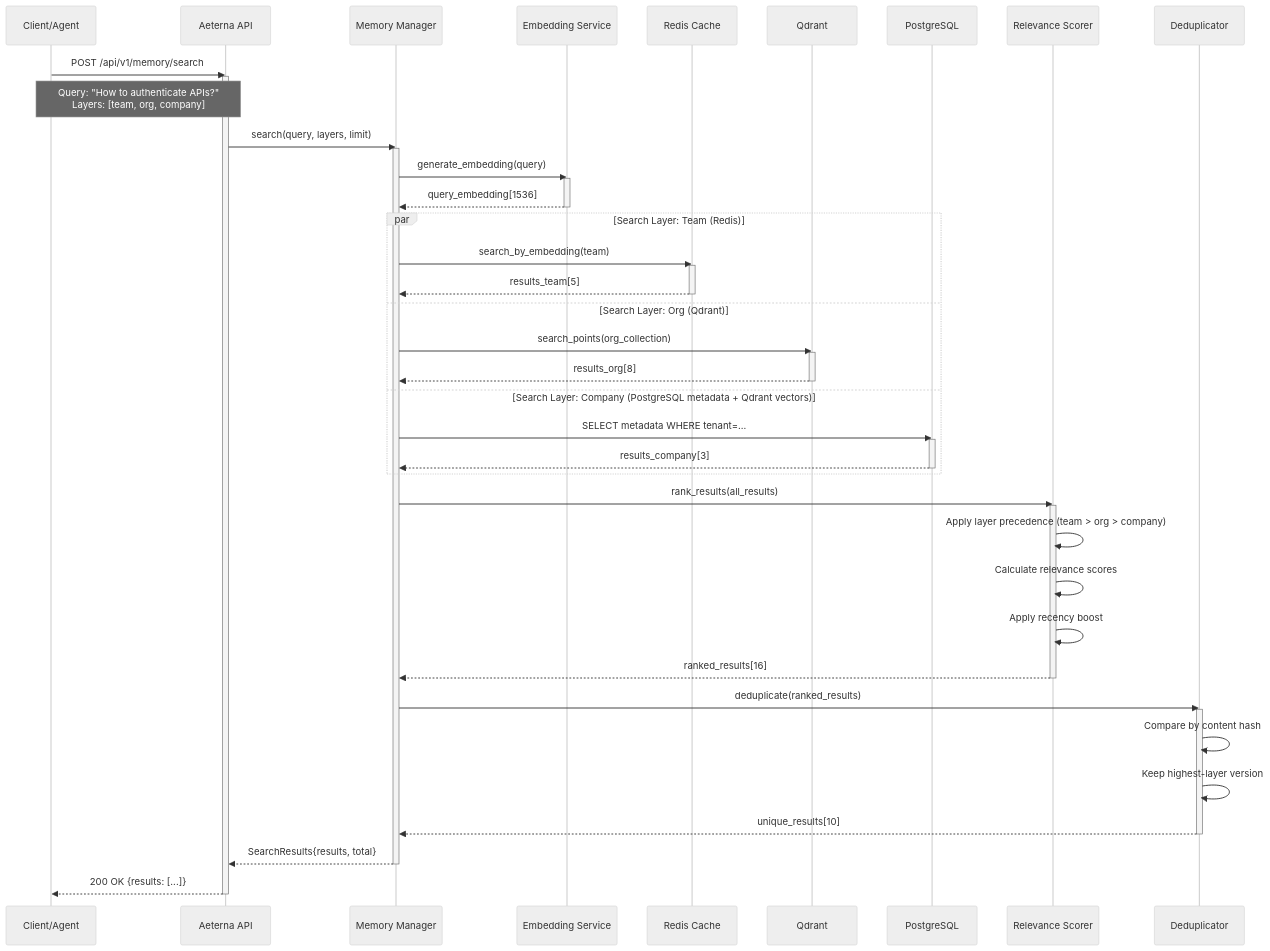
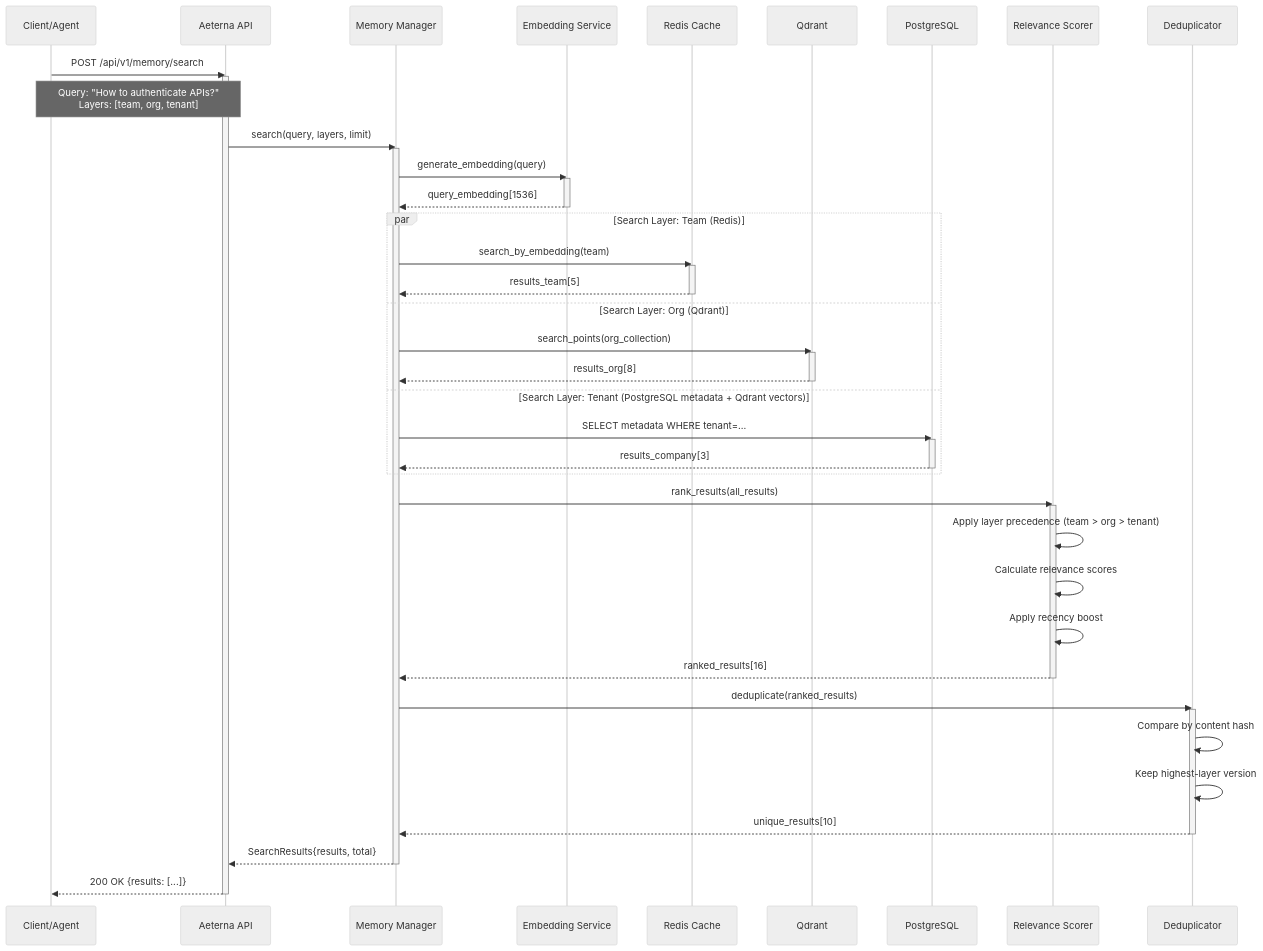
The second of 14 diagrams in docs/sequence-diagrams.md (kikokikok/aeterna), drawn with Mermaid (neutral theme) before and after one commit. The commit also changed other lines of this file and 273 other files, not shown here.

Commit message:
refactor: finalize tenant-root schema and remove company compatibility

````diff
--- a/docs/sequence-diagrams.md
+++ b/docs/sequence-diagrams.md
@@ -83,62 +83,62 @@
 ```mermaid
 sequenceDiagram
     participant Client as Client/Agent
     participant API as Aeterna API
     participant MemManager as Memory Manager
     participant Embedder as Embedding Service
     participant Redis as Redis Cache
     participant Qdrant as Qdrant
     participant Postgres as PostgreSQL
     participant Scorer as Relevance Scorer
     participant Dedup as Deduplicator
 
     Client->>API: POST /api/v1/memory/search
     activate API
-    Note over Client,API: Query: "How to authenticate APIs?"<br/>Layers: [team, org, company]
+    Note over Client,API: Query: "How to authenticate APIs?"<br/>Layers: [team, org, tenant]
     
     API->>MemManager: search(query, layers, limit)
     activate MemManager
     
     MemManager->>Embedder: generate_embedding(query)
     activate Embedder
     Embedder-->>MemManager: query_embedding[1536]
     deactivate Embedder
     
     par Search Layer: Team (Redis)
         MemManager->>Redis: search_by_embedding(team)
         activate Redis
         Redis-->>MemManager: results_team[5]
         deactivate Redis
     and Search Layer: Org (Qdrant)
         MemManager->>Qdrant: search_points(org_collection)
         activate Qdrant
         Qdrant-->>MemManager: results_org[8]
         deactivate Qdrant
-    and Search Layer: Company (PostgreSQL metadata + Qdrant vectors)
+    and Search Layer: Tenant (PostgreSQL metadata + Qdrant vectors)
         MemManager->>Postgres: SELECT metadata WHERE tenant=...
         activate Postgres
         Postgres-->>MemManager: results_company[3]
         deactivate Postgres
     end
     
     MemManager->>Scorer: rank_results(all_results)
     activate Scorer
-    Scorer->>Scorer: Apply layer precedence (team > org > company)
+    Scorer->>Scorer: Apply layer precedence (team > org > tenant)
     Scorer->>Scorer: Calculate relevance scores
     Scorer->>Scorer: Apply recency boost
     Scorer-->>MemManager: ranked_results[16]
     deactivate Scorer
     
     MemManager->>Dedup: deduplicate(ranked_results)
     activate Dedup
     Dedup->>Dedup: Compare by content hash
     Dedup->>Dedup: Keep highest-layer version
     Dedup-->>MemManager: unique_results[10]
     deactivate Dedup
     
     MemManager-->>API: SearchResults{results, total}
     deactivate MemManager
     
     API-->>Client: 200 OK {results: [...]}
     deactivate API
 ```
````
